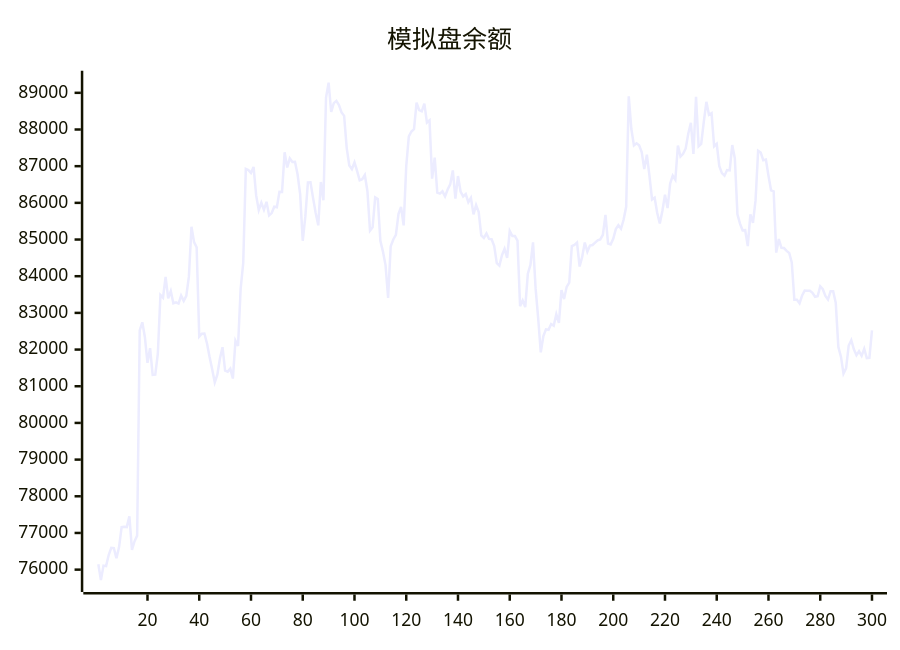
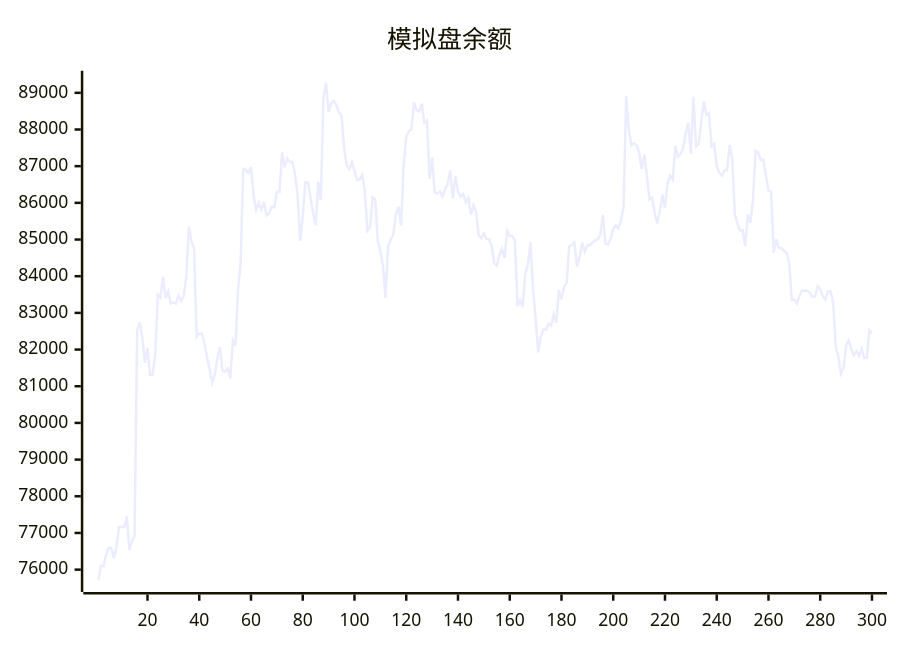
The diagram in README.md (aahl/ai-trading), drawn with Mermaid before and after one commit. The commit also changed other lines of this file and 1 other file, not shown here.

````diff
--- a/README.md
+++ b/README.md
@@ -5,5 +5,5 @@
 ```mermaid
 xychart
     title "模拟盘余额"
-    line [76145,75714,76110,76096,76397,76594,76585,76310,76607,77160,77170,77160,77456,76541,76774,76927,82520,82744,82337,81639,82040,81307,81314,81887,83490,83414,83984,83396,83594,83261,83287,83253,83470,83327,83465,83987,85348,84930,84786,82355,82433,82438,82167,81795,81466,81105,81315,81756,82064,81426,81398,81481,81210,82242,82099,83658,84359,86925,86892,86814,86980,86203,85802,86003,85811,86028,85657,85721,85896,85880,86300,86299,87378,86965,87214,87115,87118,86780,86238,84966,85623,86555,86562,86129,85722,85387,86569,86070,88870,89278,88477,88720,88781,88668,88467,88372,87493,87018,86917,87102,86870,86613,86644,86758,86317,85242,85334,86149,86106,84968,84671,84302,83410,84816,85001,85127,85693,85891,85384,87001,87811,87945,88007,88734,88528,88495,88705,88189,88248,86662,87234,86279,86251,86314,86177,86364,86503,86886,86114,86731,86310,86176,86240,86017,86136,85685,85938,85749,85111,85044,85164,85016,85008,84824,84354,84287,84572,84745,84500,85234,85096,85095,84970,83180,83338,83157,84070,84309,84922,83667,82850,81924,82369,82552,82539,82695,82648,82962,82728,83619,83378,83710,83825,84819,84854,84917,84265,84527,84919,84668,84834,84850,84916,84981,85004,85131,85674,84891,84864,85019,85284,85393,85294,85538,85894,88904,88012,87567,87625,87568,87386,86920,87313,86737,86094,86143,85725,85437,85787,86219,85859,86526,86740,86630,87563,87264,87335,87483,87886,88180,87335,88894,87544,87608,88207,88755,88401,88444,87543,87608,87000,86810,86740,86894,86884,87576,87209,85686,85435,85251,85255,84820,85689,85453,86066,87420,87373,87161,87178,86740,86341,86315,84643,85012,84772,84768,84690,84635,84376,83360,83357,83259,83474,83608,83606,83602,83548,83440,83454,83724,83644,83464,83365,83590,83592,83275,82072,81806,81344,81492,82109,82254,82006,81848,81955,81829,82022,81769,81776,82522]
+    line [75714,76110,76096,76397,76594,76585,76310,76607,77160,77170,77160,77456,76541,76774,76927,82520,82744,82337,81639,82040,81307,81314,81887,83490,83414,83984,83396,83594,83261,83287,83253,83470,83327,83465,83987,85348,84930,84786,82355,82433,82438,82167,81795,81466,81105,81315,81756,82064,81426,81398,81481,81210,82242,82099,83658,84359,86925,86892,86814,86980,86203,85802,86003,85811,86028,85657,85721,85896,85880,86300,86299,87378,86965,87214,87115,87118,86780,86238,84966,85623,86555,86562,86129,85722,85387,86569,86070,88870,89278,88477,88720,88781,88668,88467,88372,87493,87018,86917,87102,86870,86613,86644,86758,86317,85242,85334,86149,86106,84968,84671,84302,83410,84816,85001,85127,85693,85891,85384,87001,87811,87945,88007,88734,88528,88495,88705,88189,88248,86662,87234,86279,86251,86314,86177,86364,86503,86886,86114,86731,86310,86176,86240,86017,86136,85685,85938,85749,85111,85044,85164,85016,85008,84824,84354,84287,84572,84745,84500,85234,85096,85095,84970,83180,83338,83157,84070,84309,84922,83667,82850,81924,82369,82552,82539,82695,82648,82962,82728,83619,83378,83710,83825,84819,84854,84917,84265,84527,84919,84668,84834,84850,84916,84981,85004,85131,85674,84891,84864,85019,85284,85393,85294,85538,85894,88904,88012,87567,87625,87568,87386,86920,87313,86737,86094,86143,85725,85437,85787,86219,85859,86526,86740,86630,87563,87264,87335,87483,87886,88180,87335,88894,87544,87608,88207,88755,88401,88444,87543,87608,87000,86810,86740,86894,86884,87576,87209,85686,85435,85251,85255,84820,85689,85453,86066,87420,87373,87161,87178,86740,86341,86315,84643,85012,84772,84768,84690,84635,84376,83360,83357,83259,83474,83608,83606,83602,83548,83440,83454,83724,83644,83464,83365,83590,83592,83275,82072,81806,81344,81492,82109,82254,82006,81848,81955,81829,82022,81769,81776,82522,82441]
 ```
````
